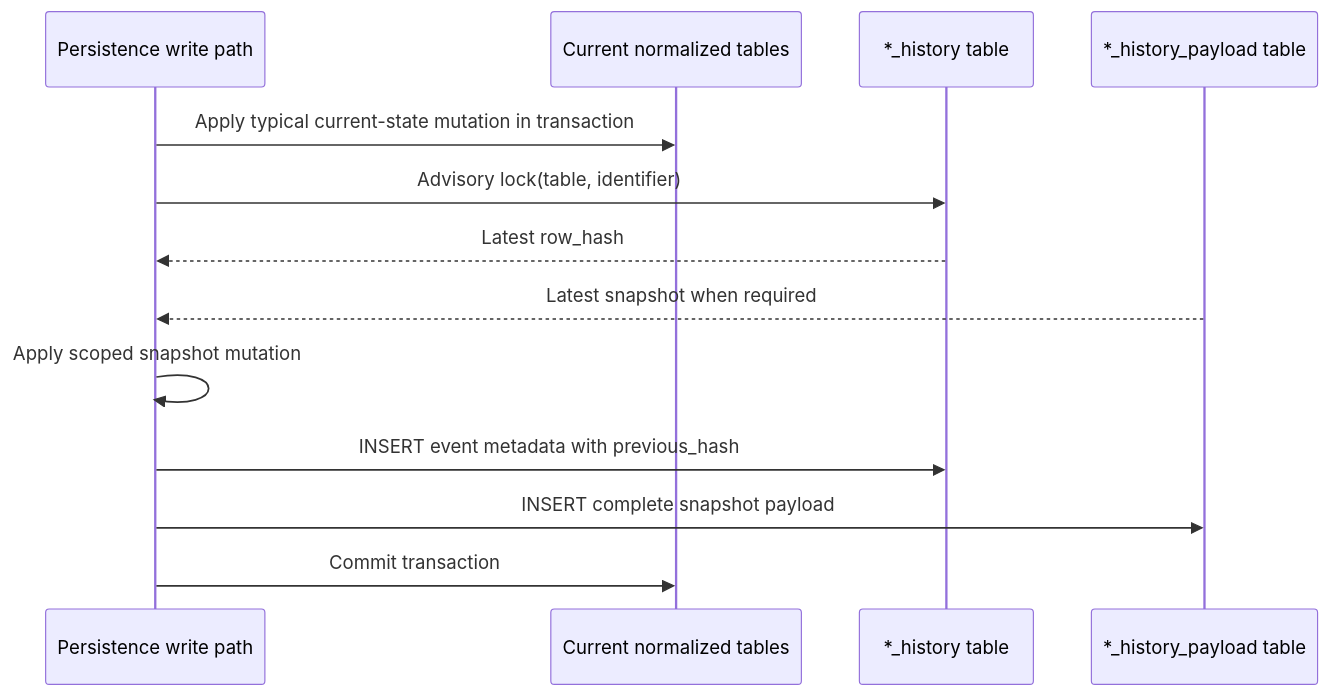
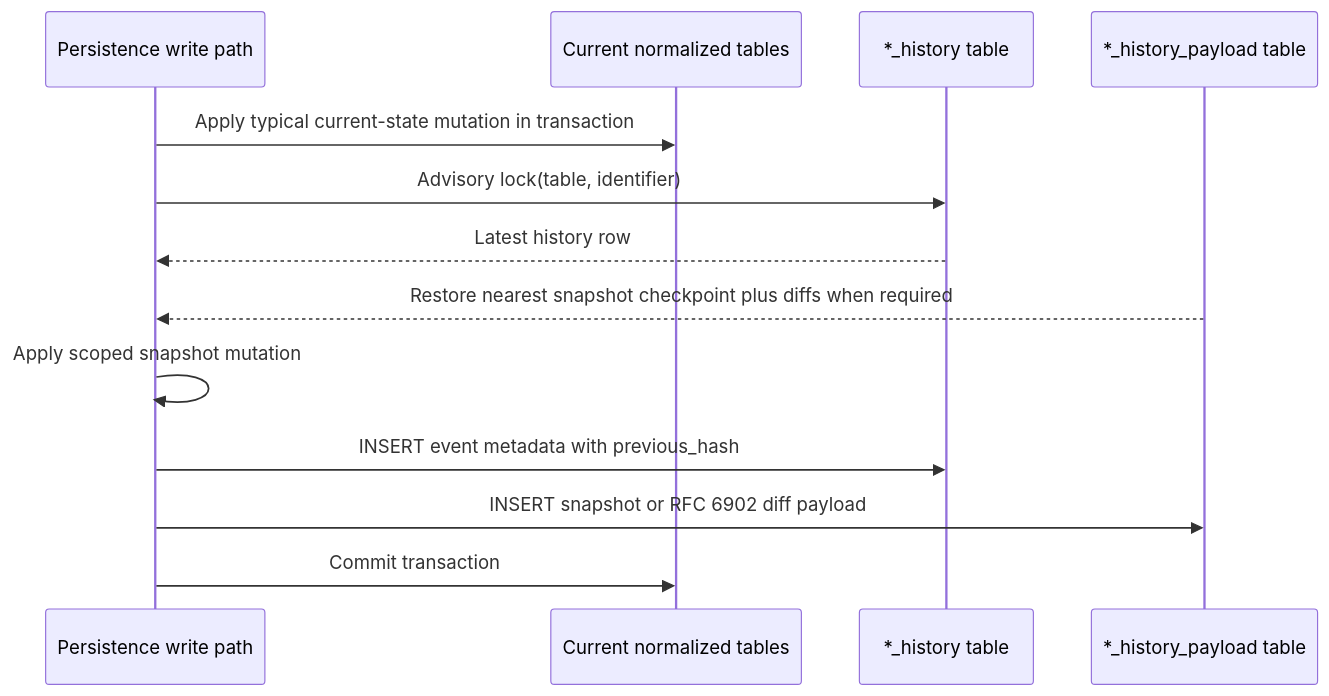
One commit to eclipse-basyx/basyx-go-components changed the first of 3 diagrams in docu/developer/aas_v3_2_runtime.md. Above: the diagram before and after it, drawn with Mermaid. The commit also changed other lines of this file and 52 other files, not shown here.

First line of the commit message:
Adds new history diff mode backend (#338)

````diff
--- a/docu/developer/aas_v3_2_runtime.md
+++ b/docu/developer/aas_v3_2_runtime.md
@@ -114,15 +114,15 @@
 ```mermaid
 sequenceDiagram
     participant API as Persistence write path
     participant Live as Current normalized tables
     participant Metadata as *_history table
     participant Payload as *_history_payload table
     API->>Live: Apply typical current-state mutation in transaction
     API->>Metadata: Advisory lock(table, identifier)
-    Metadata-->>API: Latest row_hash
-    Payload-->>API: Latest snapshot when required
+    Metadata-->>API: Latest history row
+    Payload-->>API: Restore nearest snapshot checkpoint plus diffs when required
     API->>API: Apply scoped snapshot mutation
     API->>Metadata: INSERT event metadata with previous_hash
-    API->>Payload: INSERT complete snapshot payload
+    API->>Payload: INSERT snapshot or RFC 6902 diff payload
     API->>Live: Commit transaction
 ```
````
